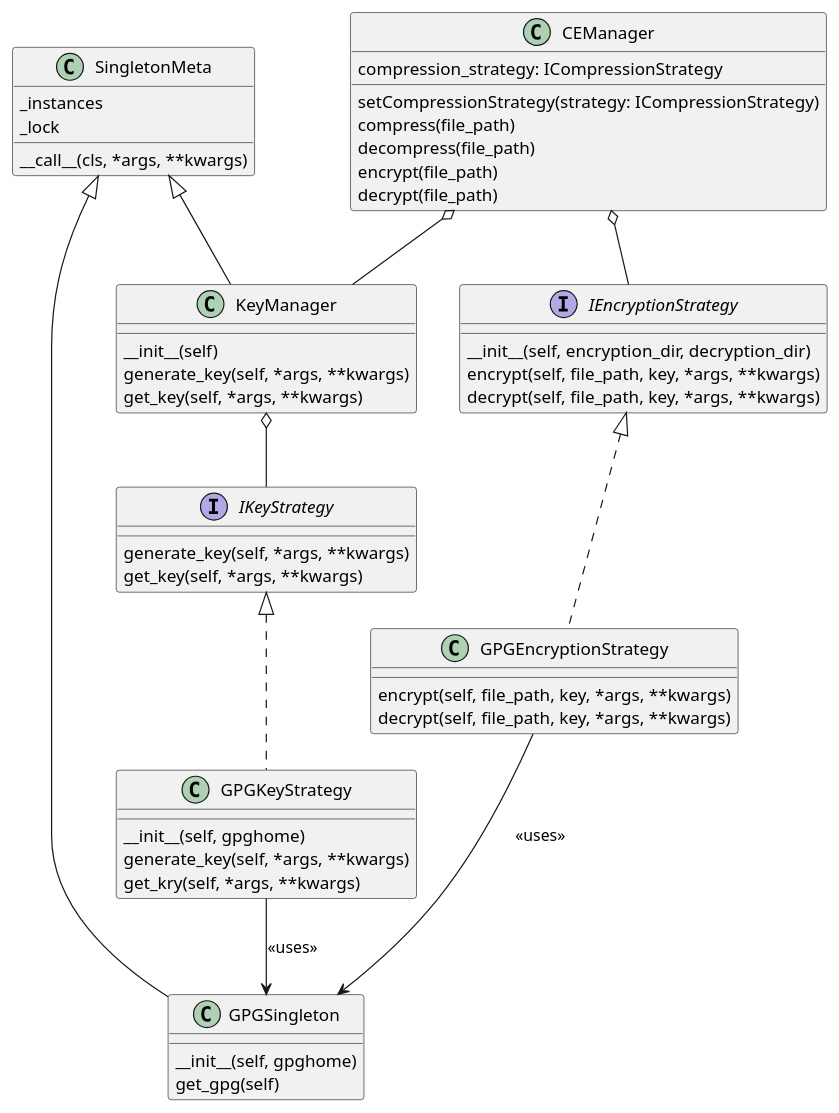
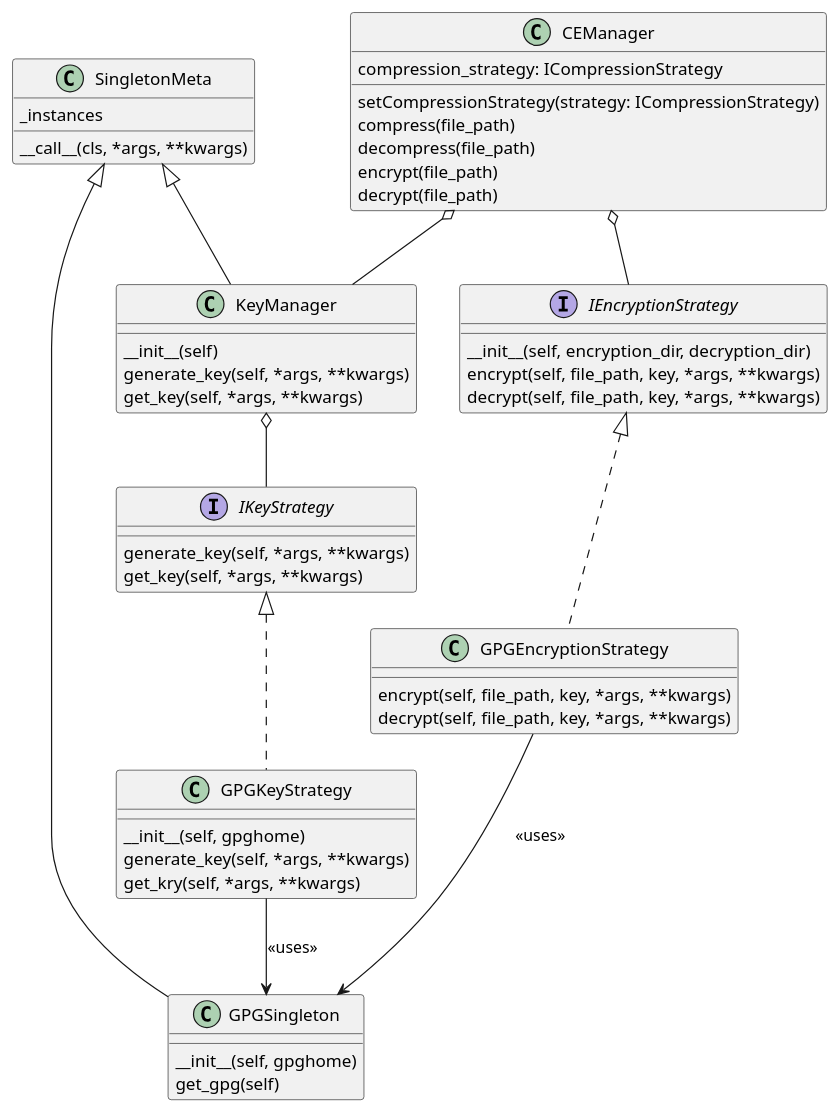
Before and after one commit to sudokara/SE_Project_3: the diagram in src/phoenix/Compression_Encryption/docs/Encryption.puml, drawn with PlantUML. The commit also changed 2 other files, not shown here.

```diff
--- a/src/phoenix/Compression_Encryption/docs/Encryption.puml
+++ b/src/phoenix/Compression_Encryption/docs/Encryption.puml
@@ -1,57 +1,56 @@
 @startuml "EncryptionSubsystem"
 
 class SingletonMeta {
     _instances
-    _lock
     __call__(cls, *args, **kwargs)
 }
 
 class KeyManager extends SingletonMeta {
     __init__(self)
     generate_key(self, *args, **kwargs)
     get_key(self, *args, **kwargs)
 }
 
 interface IEncryptionStrategy {
     __init__(self, encryption_dir, decryption_dir)
     encrypt(self, file_path, key, *args, **kwargs)
     decrypt(self, file_path, key, *args, **kwargs)
 }
 
 class GPGEncryptionStrategy implements IEncryptionStrategy {
     encrypt(self, file_path, key, *args, **kwargs)
     decrypt(self, file_path, key, *args, **kwargs)
 }
 
 class GPGSingleton extends SingletonMeta {
     __init__(self, gpghome)
     get_gpg(self)
 }
 
 interface IKeyStrategy {
     generate_key(self, *args, **kwargs)
     get_key(self, *args, **kwargs)
 }
 
 class GPGKeyStrategy implements IKeyStrategy {
     __init__(self, gpghome)
     generate_key(self, *args, **kwargs)
     get_kry(self, *args, **kwargs)
 }
 
 class CEManager {
     compression_strategy: ICompressionStrategy
     setCompressionStrategy(strategy: ICompressionStrategy)
     compress(file_path)
     decompress(file_path)
     encrypt(file_path)
     decrypt(file_path)
 }
 
 CEManager o-- KeyManager
 CEManager o-- IEncryptionStrategy
 KeyManager o-- IKeyStrategy
 GPGKeyStrategy --> GPGSingleton: <<uses>>
 GPGEncryptionStrategy --> GPGSingleton: <<uses>>
 
 @enduml 
```
